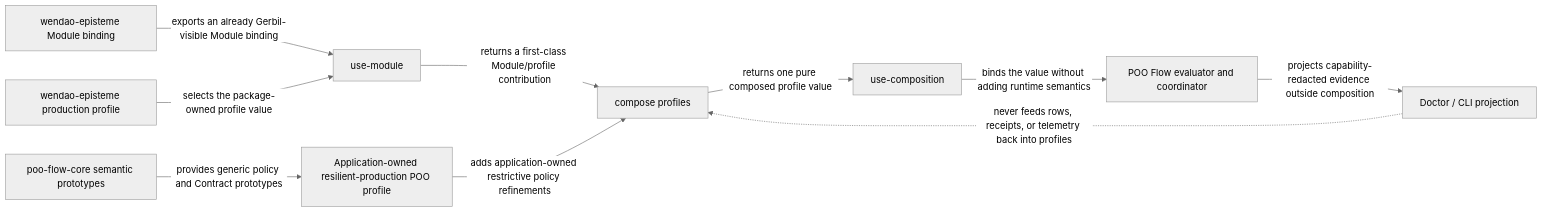
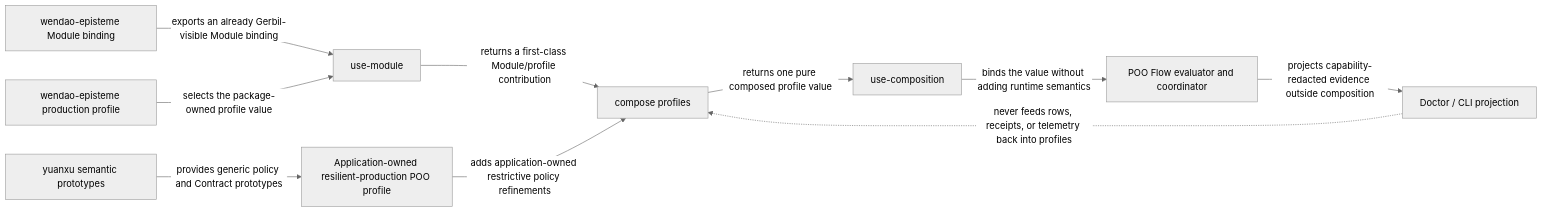
One commit to tao3k/gebril-yuanxu changed the diagram in module-system/design/45-120-23-poo-profile-only-fixed-point-and-recovery-user-interface.org. Above: the diagram before and after it, drawn with Mermaid (neutral theme). The commit also changed other lines of this file and 114 other files, not shown here.

```diff
--- a/module-system/design/45-120-23-poo-profile-only-fixed-point-and-recovery-user-interface.org
+++ b/module-system/design/45-120-23-poo-profile-only-fixed-point-and-recovery-user-interface.org
@@ -48,22 +48,22 @@
 #+begin_src mermaid
 flowchart LR
-  Core["poo-flow-core semantic prototypes"]
+  Core["yuanxu semantic prototypes"]
   Wendao["wendao-episteme Module binding"]
   Production["wendao-episteme production profile"]
   Resilient["Application-owned resilient-production POO profile"]
   Select["use-module"]
   Compose["compose profiles"]
   Bind["use-composition"]
   Runtime["POO Flow evaluator and coordinator"]
   Doctor["Doctor / CLI projection"]
 
   Wendao -->|"exports an already Gerbil-visible Module binding"| Select
   Production -->|"selects the package-owned profile value"| Select
   Core -->|"provides generic policy and Contract prototypes"| Resilient
   Select -->|"returns a first-class Module/profile contribution"| Compose
   Resilient -->|"adds application-owned restrictive policy refinements"| Compose
   Compose -->|"returns one pure composed profile value"| Bind
   Bind -->|"binds the value without adding runtime semantics"| Runtime
   Runtime -->|"projects capability-redacted evidence outside composition"| Doctor
   Doctor -.->|"never feeds rows, receipts, or telemetry back into profiles"| Compose
 #+end_src
```
